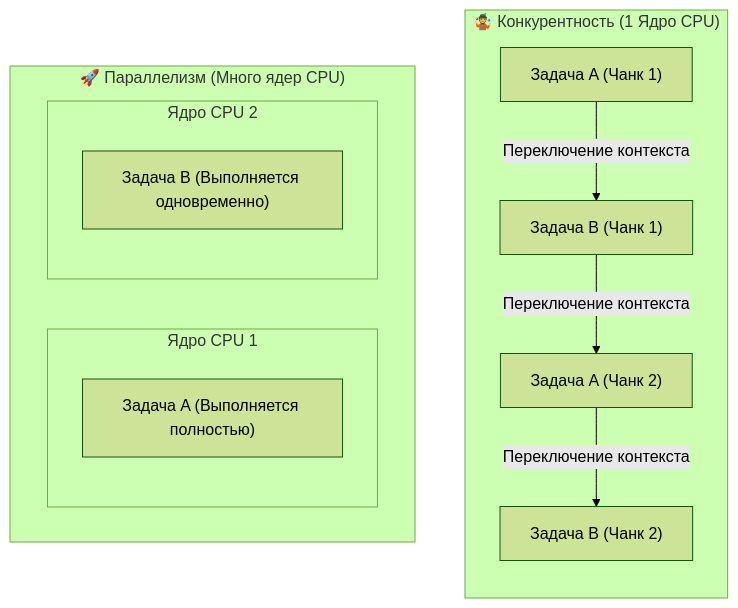
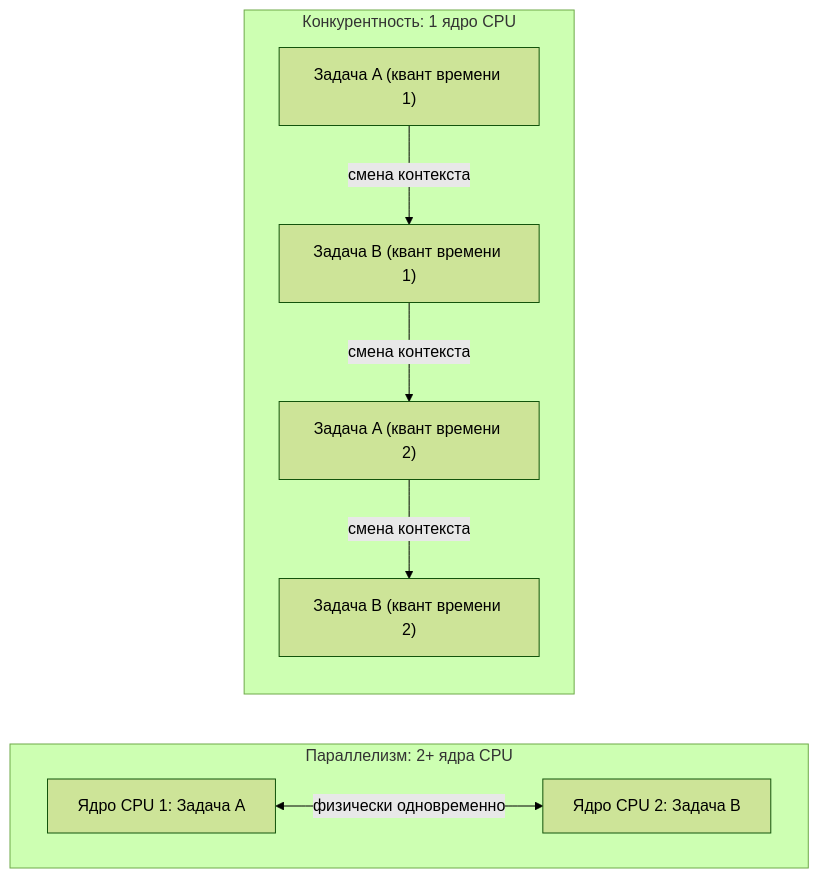
Before and after one commit to Alex808r/go-production-engineering: the first of 16 diagrams in go-documentation/03-go-core-concurrency.md, drawn with Mermaid (forest theme). The commit also changed other lines of this file and 6 other files, not shown here.

Commit message:
docs(all): fix mermaid syntax errors, escape tokens and prevent preview reset (#72)

````diff
--- a/go-documentation/03-go-core-concurrency.md
+++ b/go-documentation/03-go-core-concurrency.md
@@ -53,19 +53,16 @@
 ```mermaid
-graph TD
-    subgraph Concurrency["🤹 Конкурентность (1 Ядро CPU)"]
+flowchart TD
+    subgraph Concurrency["Конкурентность: 1 ядро CPU"]
         direction TB
-        C1["Задача A (Чанк 1)"] -->|"Переключение контекста"| C2["Задача B (Чанк 1)"]
-        C2 -->|"Переключение контекста"| C3["Задача A (Чанк 2)"]
-        C3 -->|"Переключение контекста"| C4["Задача B (Чанк 2)"]
+        C1["Задача A (квант времени 1)"] -->|"смена контекста"| C2["Задача B (квант времени 1)"]
+        C2 -->|"смена контекста"| C3["Задача A (квант времени 2)"]
+        C3 -->|"смена контекста"| C4["Задача B (квант времени 2)"]
     end
 
-    subgraph Parallelism["🚀 Параллелизм (Много ядер CPU)"]
+    subgraph Parallelism["Параллелизм: 2+ ядра CPU"]
         direction LR
-        subgraph Core1["Ядро CPU 1"]
-            P1["Задача A (Выполняется полностью)"]
-        end
-        subgraph Core2["Ядро CPU 2"]
-            P2["Задача B (Выполняется одновременно)"]
-        end
+        P1["Ядро CPU 1: Задача A"] <-->|"физически одновременно"| P2["Ядро CPU 2: Задача B"]
     end
+
+    C4 ~~~ P1
 ```
````
